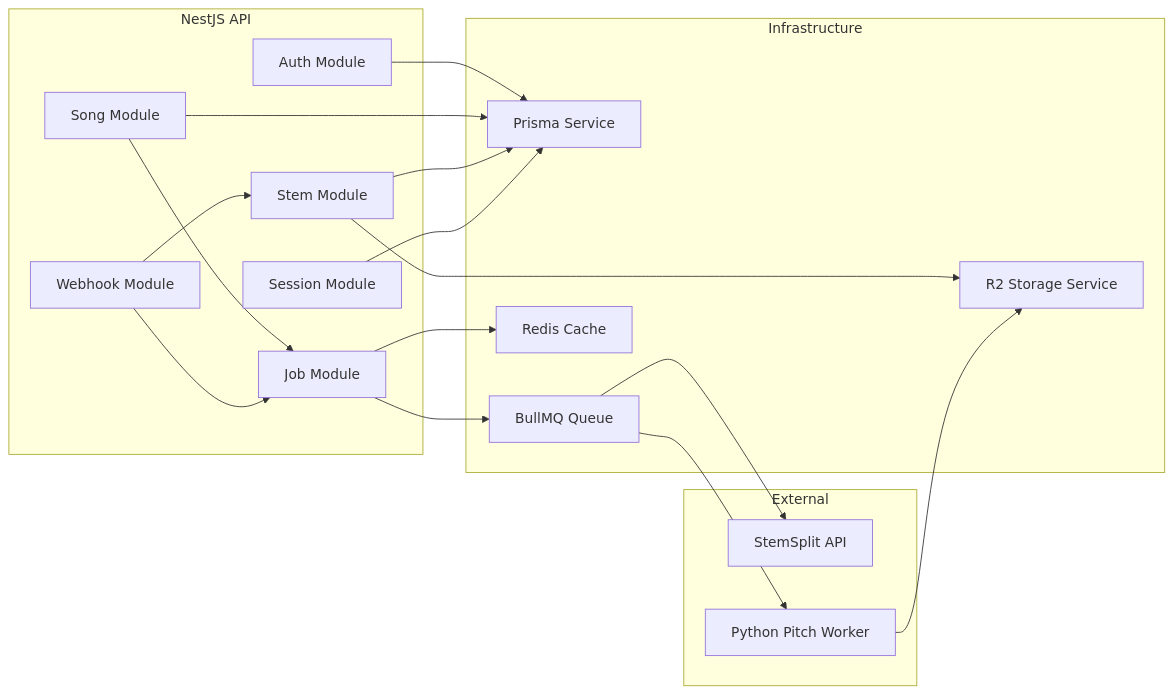
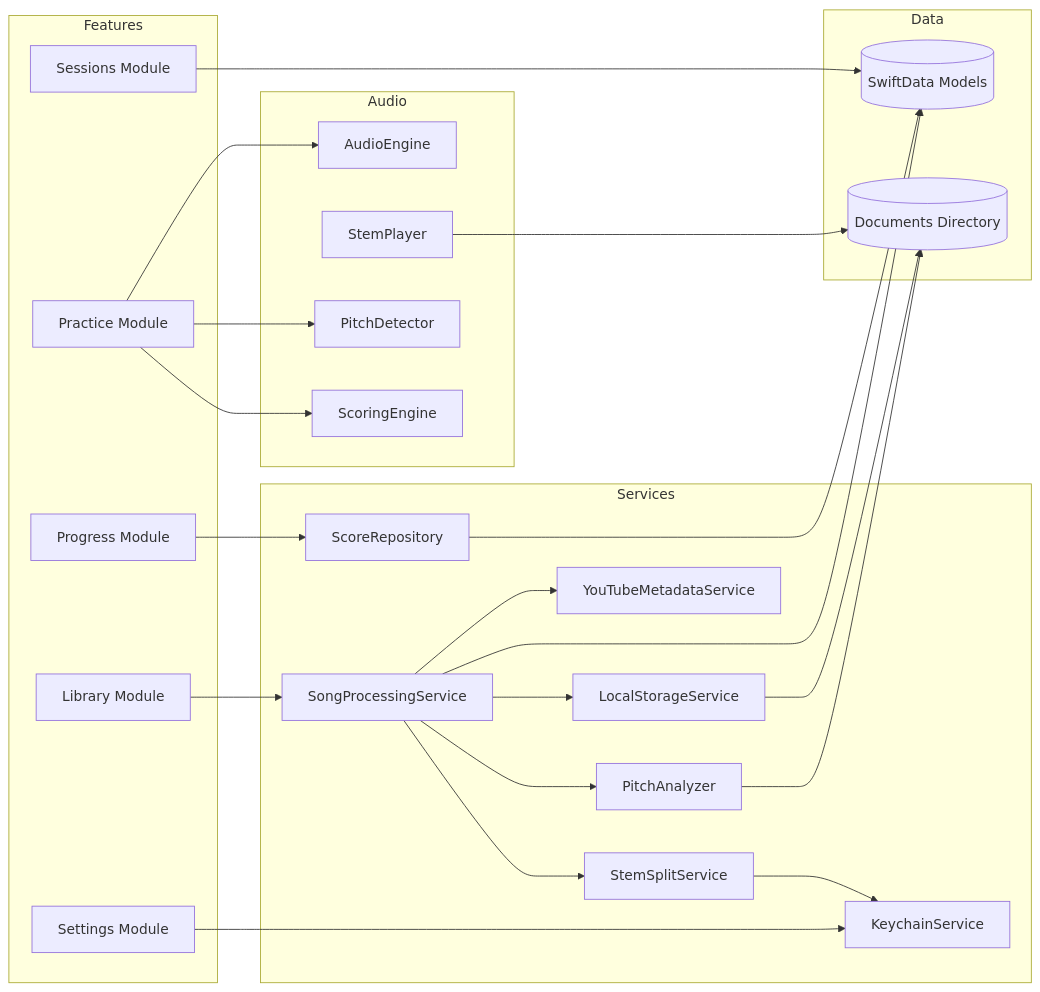
The second of 2 diagrams in docs/02-architecture.md (pawelgawliczek/intonavio-local), drawn with Mermaid before and after one commit. The commit also changed other lines of this file and 88 other files, not shown here.

First line of the commit message:
Migrate to fully on-device architecture

````diff
--- a/docs/02-architecture.md
+++ b/docs/02-architecture.md
@@ -61,38 +41,52 @@
 ```mermaid
 graph LR
-    subgraph NestJS API
-        AuthMod[Auth Module]
-        SongMod[Song Module]
-        StemMod[Stem Module]
-        SessionMod[Session Module]
-        JobMod[Job Module]
-        WebhookMod[Webhook Module]
+    subgraph Features
+        Library[Library Module]
+        Practice[Practice Module]
+        Sessions[Sessions Module]
+        Settings[Settings Module]
+        Progress[Progress Module]
     end
 
-    subgraph Infrastructure
-        PrismaService[Prisma Service]
-        BullQueue[BullMQ Queue]
-        R2Service[R2 Storage Service]
-        RedisCache[Redis Cache]
+    subgraph Services
+        SongProc[SongProcessingService]
+        StemSplit[StemSplitService]
+        YTMeta[YouTubeMetadataService]
+        PitchAn[PitchAnalyzer]
+        LocalSt[LocalStorageService]
+        Keychain[KeychainService]
+        ScoreRepo[ScoreRepository]
     end
 
-    subgraph External
-        StemSplitAPI[StemSplit API]
-        PythonWorker[Python Pitch Worker]
+    subgraph Audio
+        Engine[AudioEngine]
+        StemPlay[StemPlayer]
+        PitchDet[PitchDetector]
+        Scoring[ScoringEngine]
     end
 
-    AuthMod --> PrismaService
-    SongMod --> PrismaService
-    SongMod --> JobMod
-    StemMod --> PrismaService
-    StemMod --> R2Service
-    SessionMod --> PrismaService
-    JobMod --> BullQueue
-    JobMod --> RedisCache
-    WebhookMod --> StemMod
-    WebhookMod --> JobMod
+    subgraph Data
+        SwiftData[(SwiftData Models)]
+        DocsDir[(Documents Directory)]
+    end
 
-    BullQueue --> StemSplitAPI
-    BullQueue --> PythonWorker
-    PythonWorker --> R2Service
+    Library --> SongProc
+    Practice --> Engine
+    Practice --> PitchDet
+    Practice --> Scoring
+    Sessions --> SwiftData
+    Settings --> Keychain
+    Progress --> ScoreRepo
+
+    SongProc --> StemSplit
+    SongProc --> YTMeta
+    SongProc --> PitchAn
+    SongProc --> LocalSt
+    SongProc --> SwiftData
+
+    StemSplit --> Keychain
+    StemPlay --> DocsDir
+    PitchAn --> DocsDir
+    ScoreRepo --> SwiftData
+    LocalSt --> DocsDir
 ```
````
